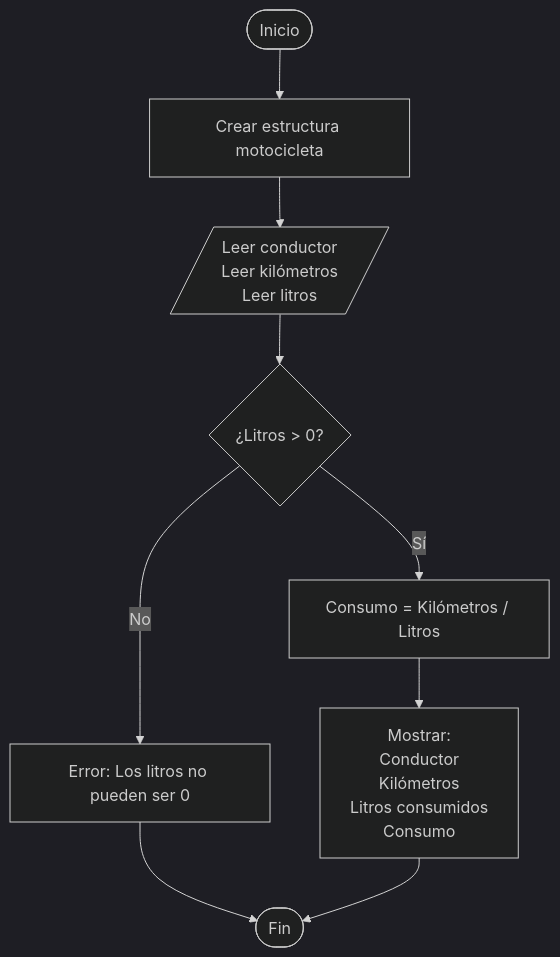
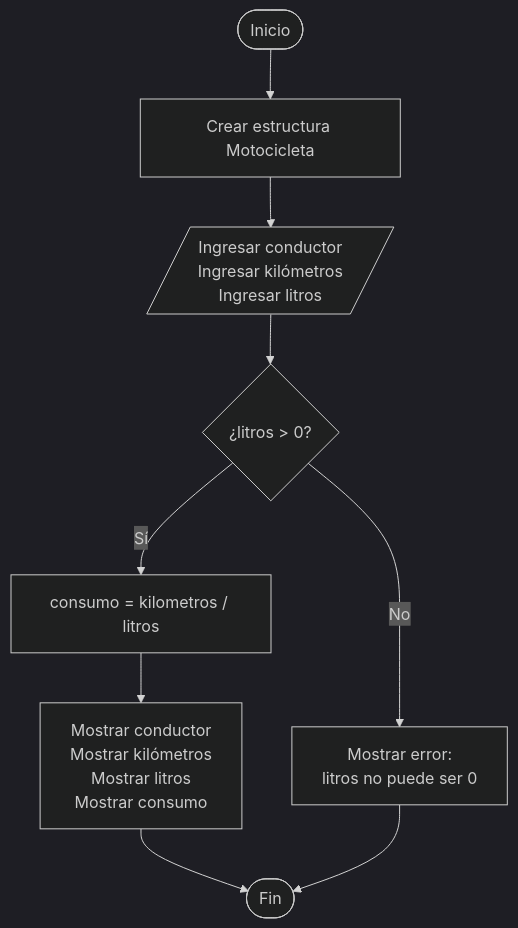
One commit to Abel-DB/Algoritmos-programacion changed the diagram in Ejercicios/02-consumo_motocicleta.md. Above: the diagram before and after it, drawn with Mermaid (dark theme). The commit also changed other lines of this file, not shown here.

````diff
--- a/Ejercicios/02-consumo_motocicleta.md
+++ b/Ejercicios/02-consumo_motocicleta.md
@@ -126,33 +170,31 @@
 ```mermaid
 flowchart TD
+
     A([Inicio])
 
-    B[Crear estructura motocicleta]
+    B[Crear estructura Motocicleta]
 
-    C[/Leer conductor<br>Leer kilómetros<br>Leer litros/]
+    C[/Ingresar conductor<br/>Ingresar kilómetros<br/>Ingresar litros/]
 
-    D{"¿Litros > 0?"}
+    D{"¿litros > 0?"}
 
-    E[Error: Los litros no pueden ser 0]
+    E[consumo = kilometros / litros]
 
-    F[Consumo = Kilómetros / Litros]
+    F[Mostrar conductor<br/>Mostrar kilómetros<br/>Mostrar litros<br/>Mostrar consumo]
 
-    G["Mostrar:
-    Conductor
-    Kilómetros
-    Litros consumidos
-    Consumo"]
+    G[Mostrar error:<br/>litros no puede ser 0]
 
     H([Fin])
 
     A --> B
     B --> C
     C --> D
 
-    D -->|No| E
-    D -->|Sí| F
+    D -->|Sí| E
+    D -->|No| G
 
-    E --> H
-    F --> G
+    E --> F
+
+    F --> H
     G --> H
 ```
````
